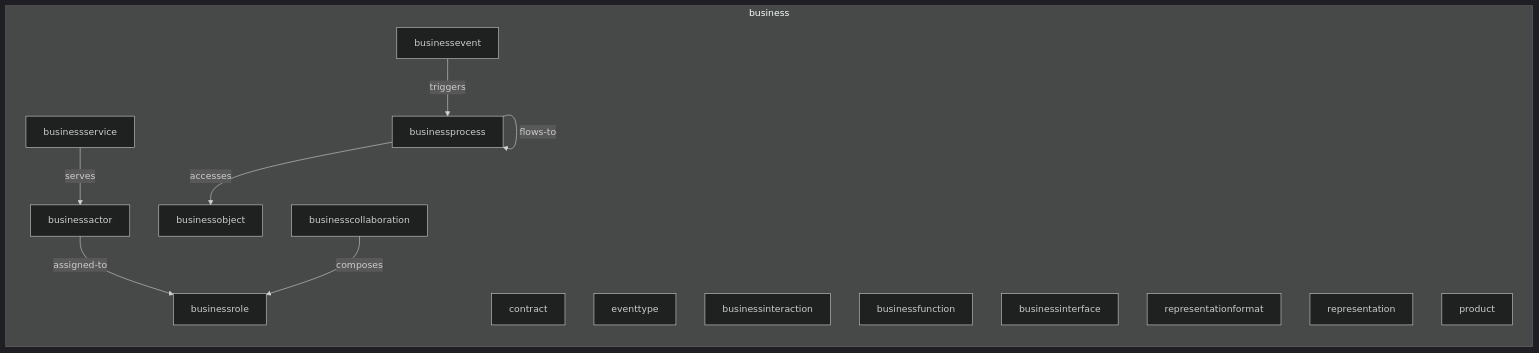
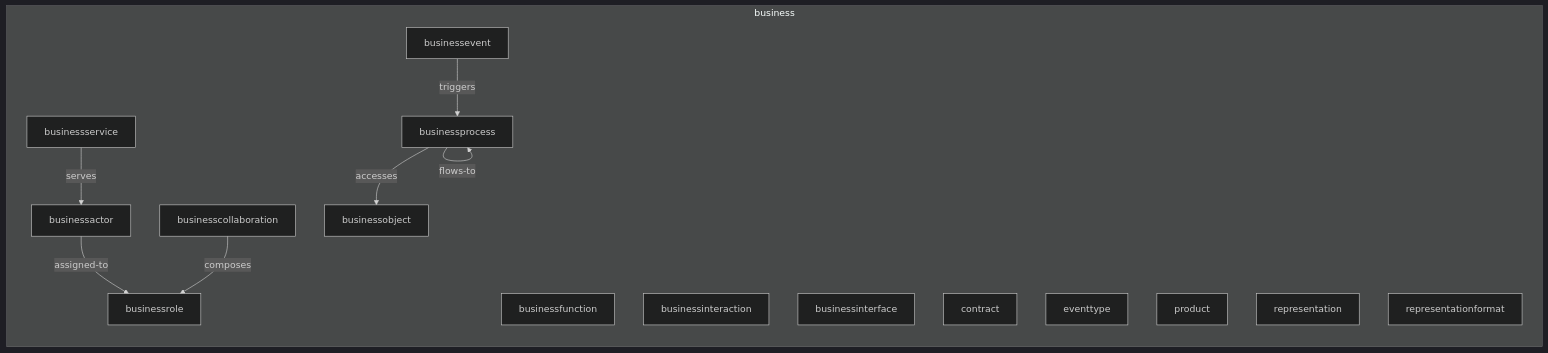
The first of 2 diagrams in spec/browser/02-business-layer-report.md (tinkermonkey/documentation_robotics), drawn with Mermaid (dark theme) before and after one commit. The commit also changed other lines of this file and 13 other files, not shown here.

````diff
--- a/spec/browser/02-business-layer-report.md
+++ b/spec/browser/02-business-layer-report.md
@@ -50,26 +50,26 @@
 ```mermaid
 flowchart LR
   subgraph business
+    businessactor["businessactor"]
+    businesscollaboration["businesscollaboration"]
+    businessevent["businessevent"]
+    businessfunction["businessfunction"]
+    businessinteraction["businessinteraction"]
+    businessinterface["businessinterface"]
+    businessobject["businessobject"]
     businessprocess["businessprocess"]
+    businessrole["businessrole"]
+    businessservice["businessservice"]
     contract["contract"]
     eventtype["eventtype"]
-    businessinteraction["businessinteraction"]
-    businessevent["businessevent"]
-    businessfunction["businessfunction"]
-    businessinterface["businessinterface"]
-    businessobject["businessobject"]
+    product["product"]
+    representation["representation"]
     representationformat["representationformat"]
-    representation["representation"]
-    product["product"]
-    businessservice["businessservice"]
-    businessrole["businessrole"]
-    businesscollaboration["businesscollaboration"]
-    businessactor["businessactor"]
+    businessactor -->|assigned-to| businessrole
     businesscollaboration -->|composes| businessrole
+    businessevent -->|triggers| businessprocess
     businessprocess -->|accesses| businessobject
-    businessactor -->|assigned-to| businessrole
     businessprocess -->|flows-to| businessprocess
-    businessevent -->|triggers| businessprocess
     businessservice -->|serves| businessactor
   end
 ```
````
